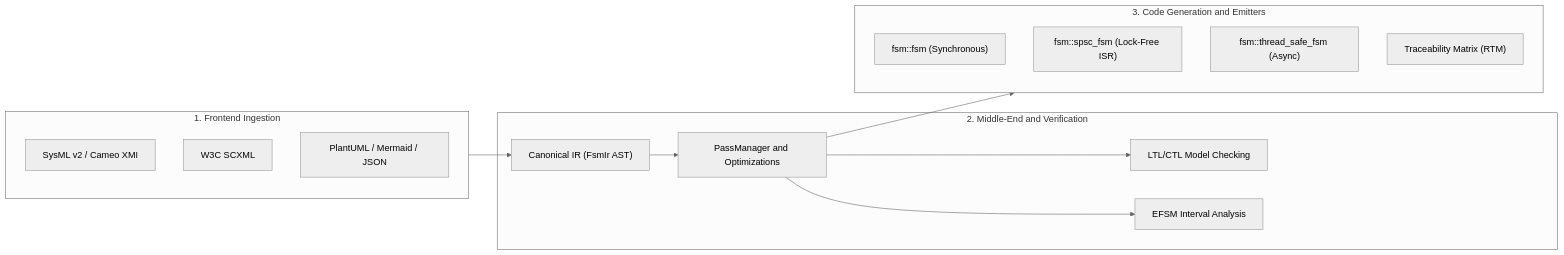
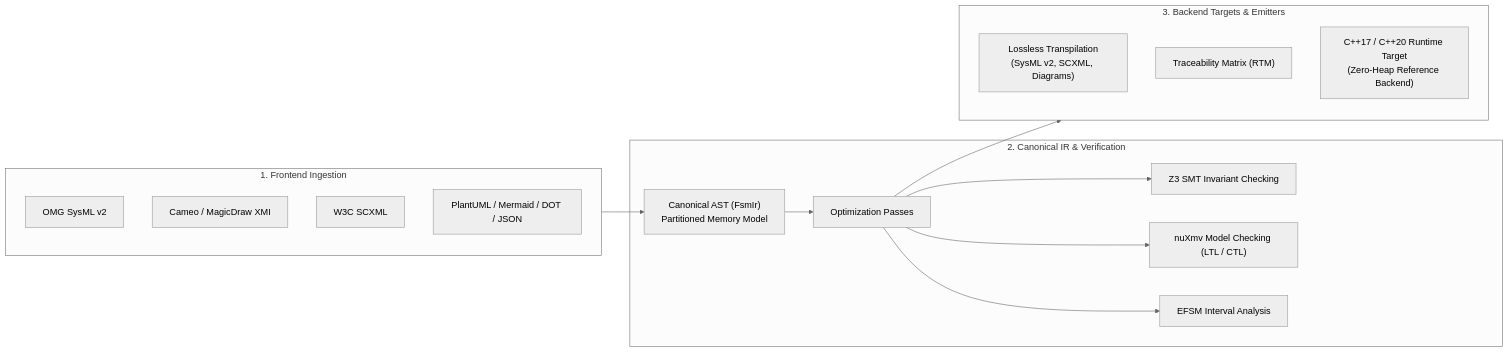
Before and after one commit to simoneCavalleri/fsmc: the first of 3 diagrams in docs/index.md, drawn with Mermaid (neutral theme). The commit also changed other lines of this file and 39 other files, not shown here.

````diff
--- a/docs/index.md
+++ b/docs/index.md
@@ -16,29 +11,30 @@
 ```mermaid
 flowchart LR
     subgraph Frontend["1. Frontend Ingestion"]
-        SysML["SysML v2 / Cameo XMI"]
+        SysML["OMG SysML v2"]
+        XMI["Cameo / MagicDraw XMI"]
         SCXML["W3C SCXML"]
-        Diagrams["PlantUML / Mermaid / JSON"]
+        Diagrams["PlantUML / Mermaid / DOT / JSON"]
     end
 
-    subgraph MiddleEnd["2. Middle-End and Verification"]
-        IR["Canonical IR (FsmIr AST)"]
-        MC["LTL/CTL Model Checking"]
+    subgraph MiddleEnd["2. Canonical IR & Verification"]
+        IR["Canonical AST (FsmIr)<br/>Partitioned Memory Model"]
+        Passes["Optimization Passes"]
+        SMT["Z3 SMT Invariant Checking"]
+        MC["nuXmv Model Checking (LTL / CTL)"]
         Interval["EFSM Interval Analysis"]
-        Opt["PassManager and Optimizations"]
     end
 
-    subgraph Backend["3. Code Generation and Emitters"]
-        Sync["fsm::fsm (Synchronous)"]
-        SPSC["fsm::spsc_fsm (Lock-Free ISR)"]
-        MPSC["fsm::thread_safe_fsm (Async)"]
+    subgraph Backend["3. Backend Targets & Emitters"]
+        Transpile["Lossless Transpilation<br/>(SysML v2, SCXML, Diagrams)"]
         RTM["Traceability Matrix (RTM)"]
+        CppGen["C++17 / C++20 Runtime Target<br/>(Zero-Heap Reference Backend)"]
     end
 
-
     Frontend --> IR
-    IR --> Opt
-    Opt --> MC
-    Opt --> Interval
-    Opt --> Backend
+    IR --> Passes
+    Passes --> SMT
+    Passes --> MC
+    Passes --> Interval
+    Passes --> Backend
 ```
````
